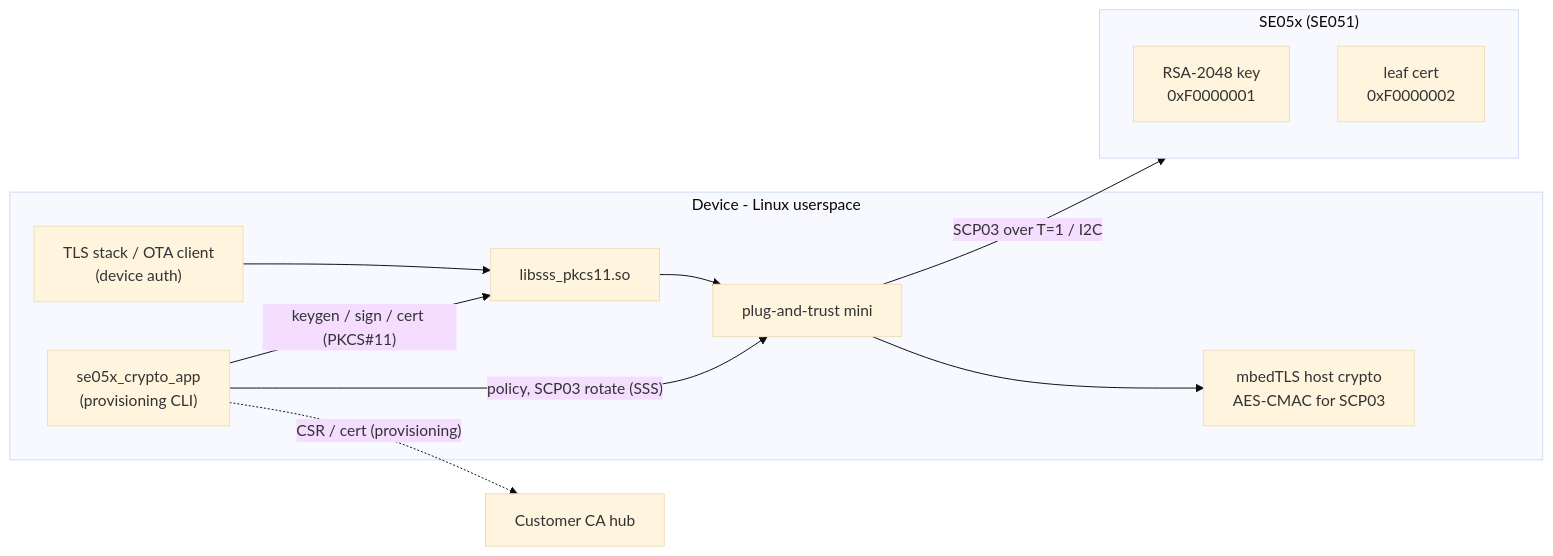
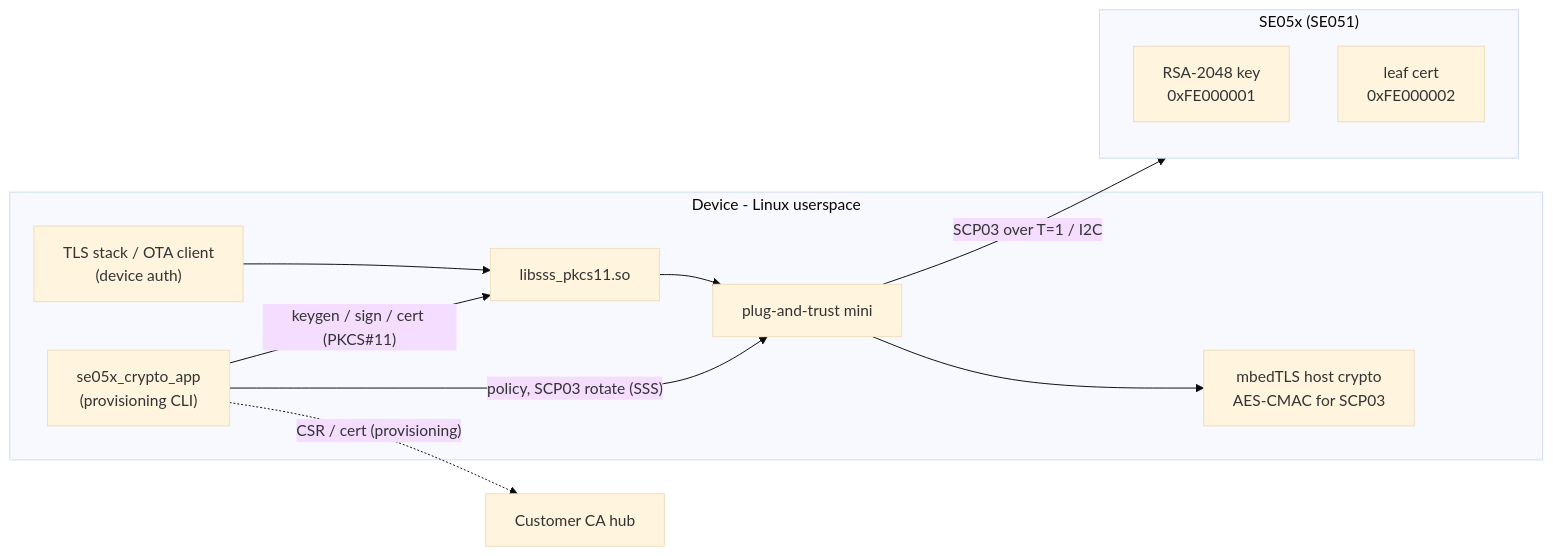
One commit to anhhao17/se051 changed the first of 2 diagrams in docs/provisioning.md. Above: the diagram before and after it, drawn with Mermaid (base theme). The commit also changed other lines of this file and 25 other files, not shown here.

````diff
--- a/docs/provisioning.md
+++ b/docs/provisioning.md
@@ -23,23 +23,23 @@
 ```mermaid
 flowchart LR
     subgraph HOST["Device - Linux userspace"]
         APP["se05x_crypto_app<br/>(provisioning CLI)"]
         TLS["TLS stack / OTA client<br/>(device auth)"]
         PK["libsss_pkcs11.so"]
         MW["plug-and-trust mini"]
         MBED["mbedTLS host crypto<br/>AES-CMAC for SCP03"]
         APP -- "keygen / sign / cert (PKCS#11)" --> PK
         APP -- "policy, SCP03 rotate (SSS)" --> MW
         TLS --> PK
         PK --> MW
         MW --> MBED
     end
     subgraph SE["SE05x (SE051)"]
-        KEY["RSA-2048 key<br/>0xF0000001"]
-        CERT["leaf cert<br/>0xF0000002"]
+        KEY["RSA-2048 key<br/>0xFE000001"]
+        CERT["leaf cert<br/>0xFE000002"]
     end
     MW -- "SCP03 over T=1 / I2C" --> SE
 
     EXT["Customer CA hub"]
     APP -. "CSR / cert (provisioning)" .-> EXT
 ```
````
